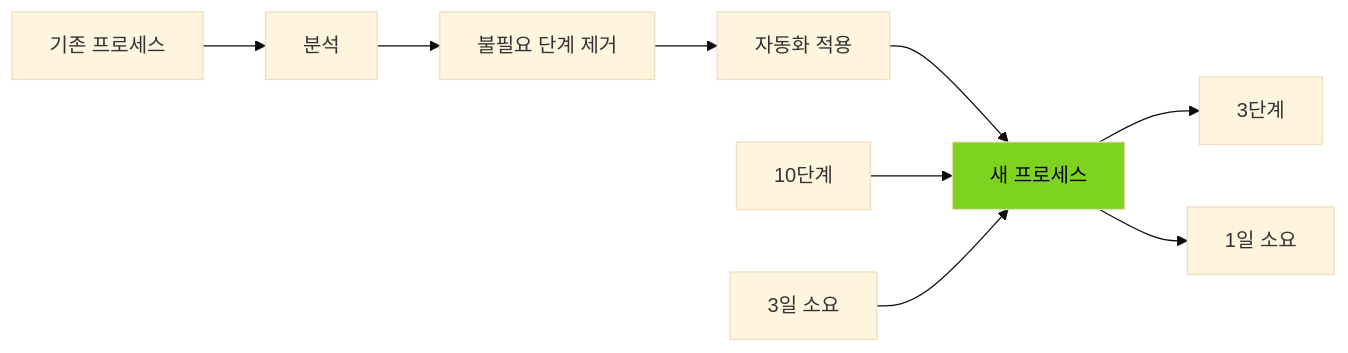
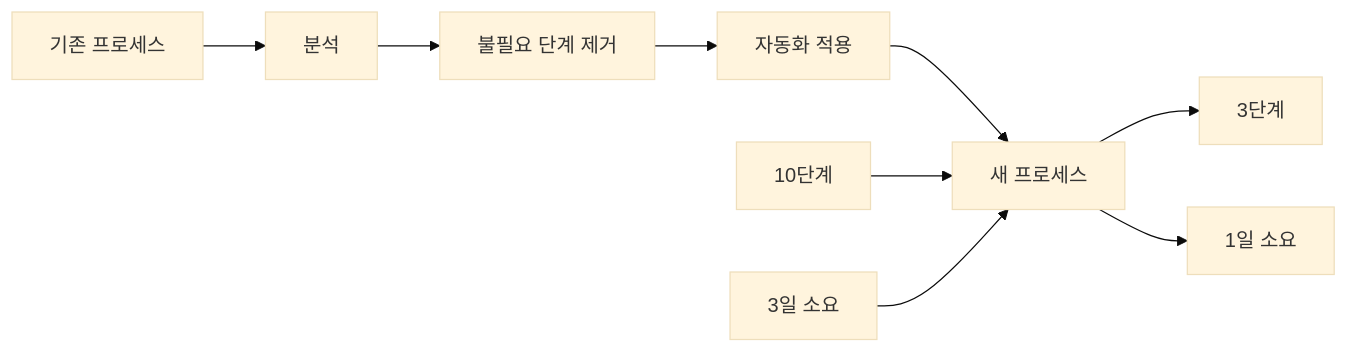
One commit to nugurejeil/weniVooks changed diagram 14 of 23 in _md/genai-notion/chapter06/06-3.md. Above: the diagram before and after it, drawn with Mermaid (base theme). The commit also changed other lines of this file and 187 other files, not shown here.

````diff
--- a/_md/genai-notion/chapter06/06-3.md
+++ b/_md/genai-notion/chapter06/06-3.md
@@ -448,15 +426,13 @@
 ```mermaid
 graph LR
     A[기존 프로세스] --> B[분석]
     B --> C[불필요 단계 제거]
     C --> D[자동화 적용]
     D --> E[새 프로세스]
 
     F[10단계] --> E
     E --> G[3단계]
 
     H[3일 소요] --> E
     E --> I[1일 소요]
-
-    style E fill:#7ED321,color:#000
 ```
````
